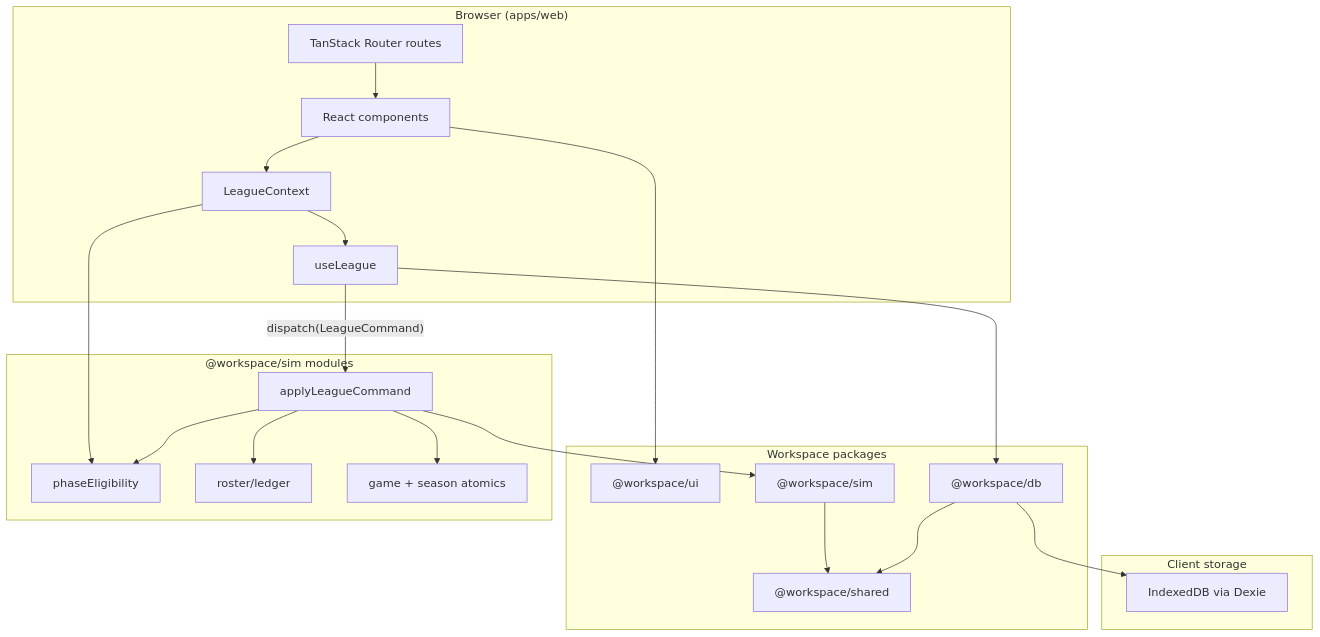
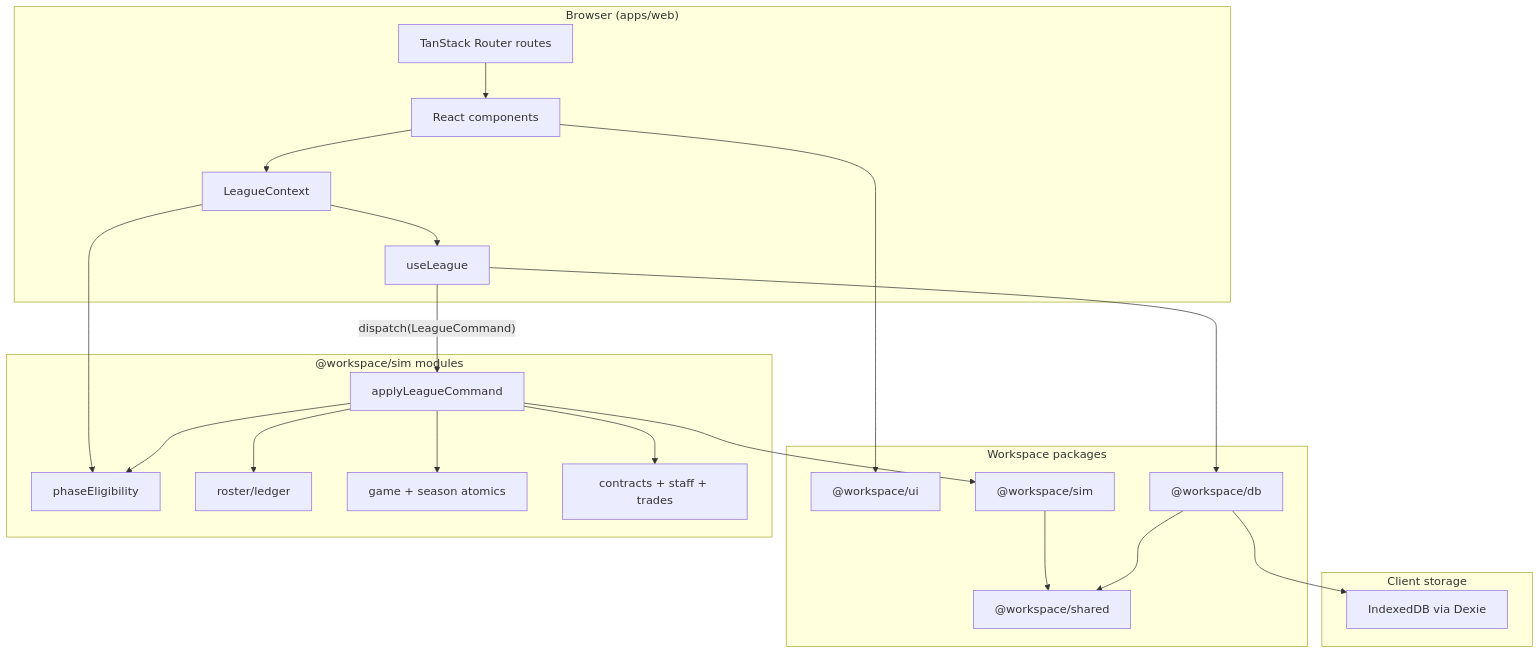
One commit to howie1329/Front-Office-Hoops changed the diagram in docs/architecture.md. Above: the diagram before and after it, drawn with Mermaid. The commit also changed other lines of this file and 7 other files, not shown here.

````diff
--- a/docs/architecture.md
+++ b/docs/architecture.md
@@ -7,42 +7,44 @@
 ```mermaid
 flowchart TB
     subgraph client ["Browser (apps/web)"]
         Routes["TanStack Router routes"]
         Components["React components"]
         Hooks["useLeague"]
         Ctx["LeagueContext"]
     end
 
     subgraph packages ["Workspace packages"]
         UI["@workspace/ui"]
         DB["@workspace/db"]
         Sim["@workspace/sim"]
         Shared["@workspace/shared"]
     end
 
     subgraph simModules ["@workspace/sim modules"]
         Commands["applyLeagueCommand"]
         Eligibility["phaseEligibility"]
         Ledger["roster/ledger"]
         Engine["game + season atomics"]
+        FrontOffice["contracts + staff + trades"]
     end
 
     subgraph storage ["Client storage"]
         IDB["IndexedDB via Dexie"]
     end
 
     Routes --> Components
     Components --> Ctx
     Ctx --> Hooks
     Ctx --> Eligibility
     Hooks -->|"dispatch(LeagueCommand)"| Commands
     Hooks --> DB
     Commands --> Ledger
     Commands --> Engine
+    Commands --> FrontOffice
     Commands --> Eligibility
     Components --> UI
     Sim --> Shared
     DB --> Shared
     DB --> IDB
     Commands --> Sim
 ```
````
